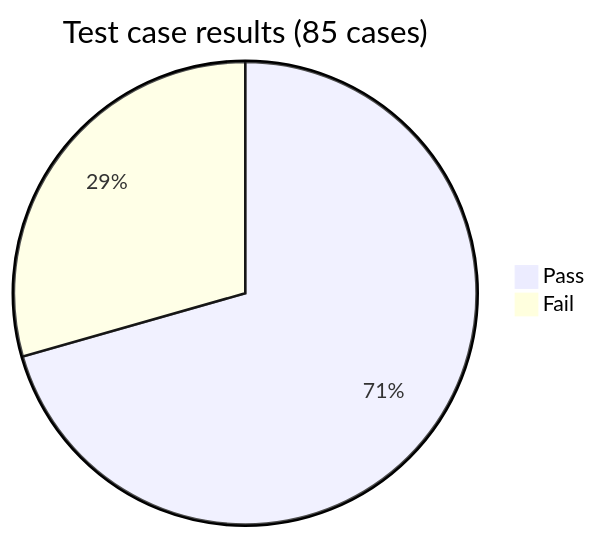
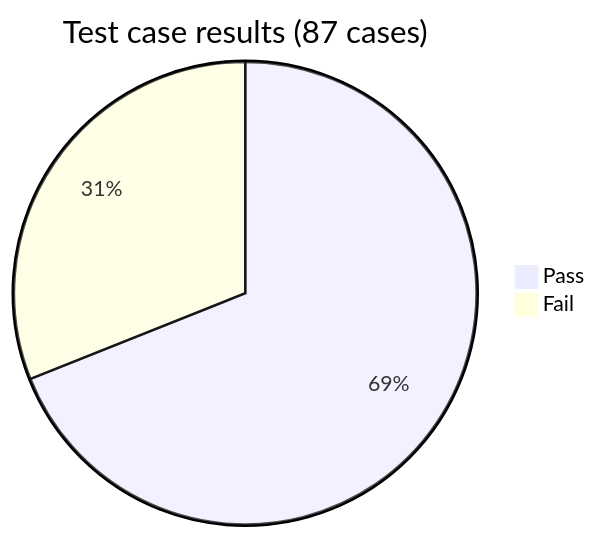
One commit to jahidulislamrihan26/sqa-portfolio changed the first of 2 diagrams in manual-testing/docs/05-test-summary-report.md. Above: the diagram before and after it, drawn with Mermaid. The commit also changed other lines of this file and 37 other files, not shown here.

````diff
--- a/manual-testing/docs/05-test-summary-report.md
+++ b/manual-testing/docs/05-test-summary-report.md
@@ -34,5 +34,5 @@
 ```mermaid
-pie title Test case results (85 cases)
+pie title Test case results (87 cases)
     "Pass" : 60
-    "Fail" : 25
+    "Fail" : 27
 ```
````
